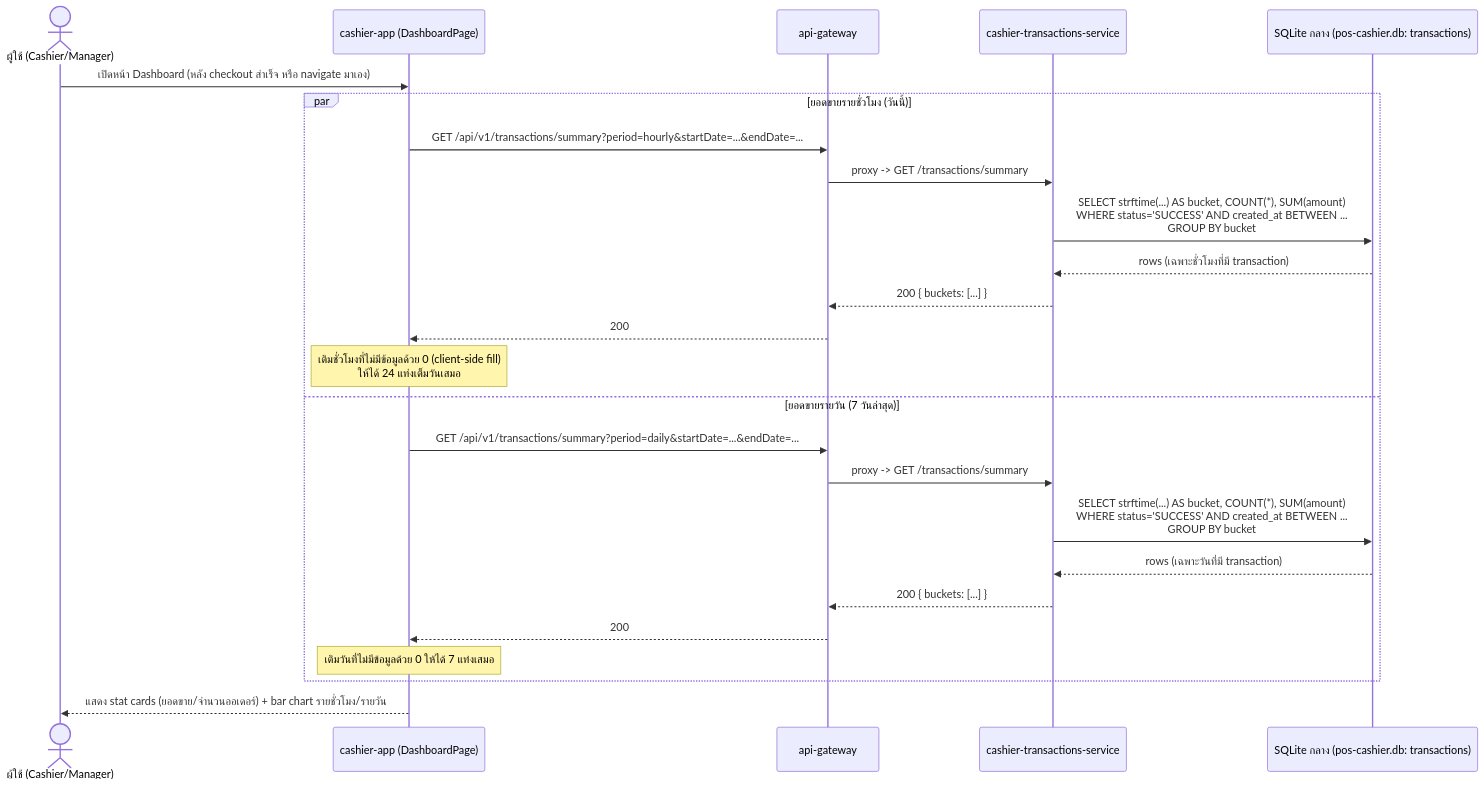
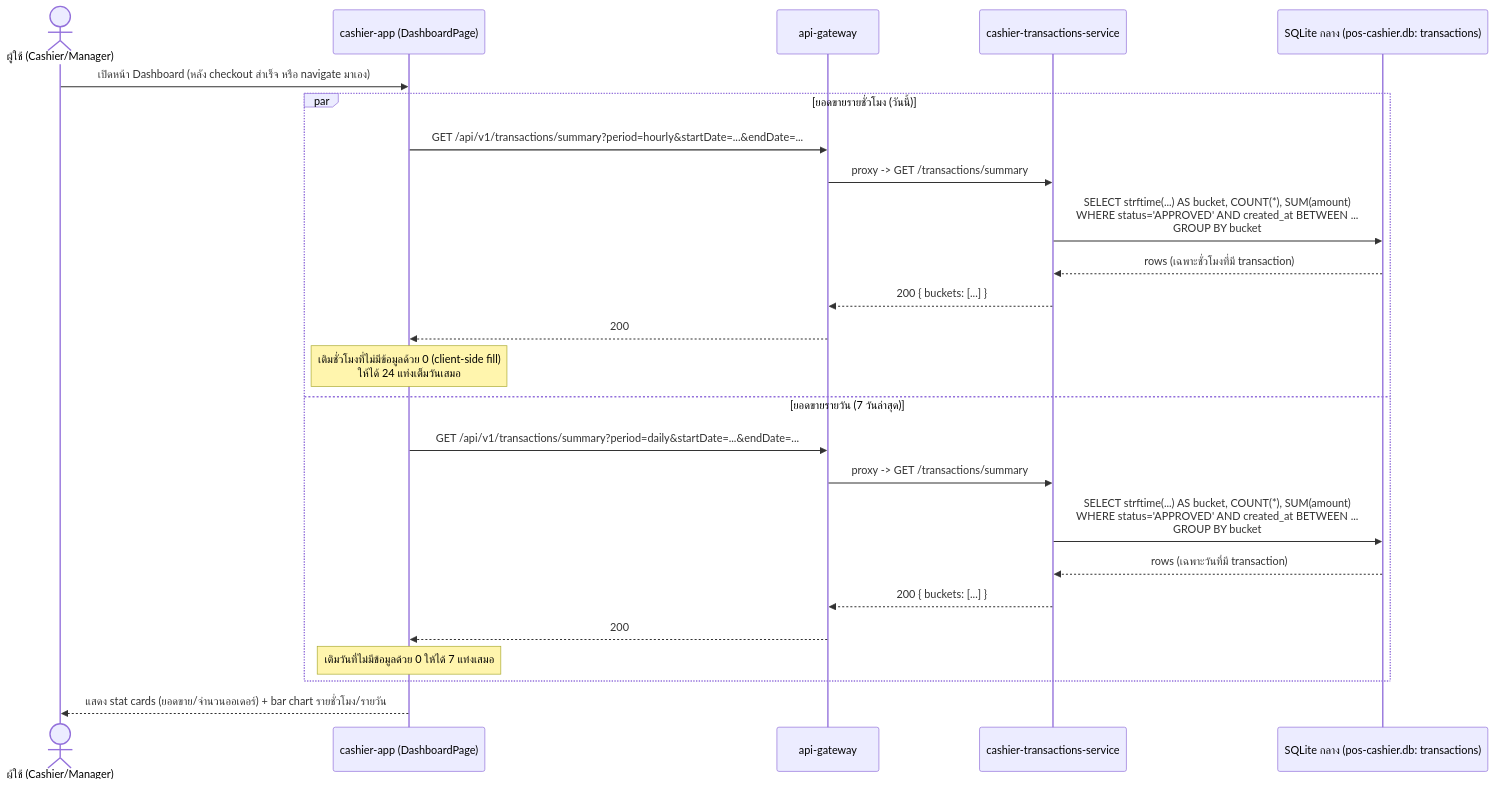
Before and after one commit to apisit110/pos-cashier: the diagram in docs/sequence-diagrams/06-transaction-summary.md, drawn with Mermaid. The commit also changed other lines of this file and 12 other files, not shown here.

````diff
--- a/docs/sequence-diagrams/06-transaction-summary.md
+++ b/docs/sequence-diagrams/06-transaction-summary.md
@@ -21,28 +21,28 @@
 ```mermaid
 sequenceDiagram
     actor User as ผู้ใช้ (Cashier/Manager)
     participant App as cashier-app (DashboardPage)
     participant GW as api-gateway
     participant Txn as cashier-transactions-service
     participant DB as SQLite กลาง (pos-cashier.db: transactions)
 
     User->>App: เปิดหน้า Dashboard (หลัง checkout สำเร็จ หรือ navigate มาเอง)
     par ยอดขายรายชั่วโมง (วันนี้)
         App->>GW: GET /api/v1/transactions/summary?period=hourly&startDate=...&endDate=...
         GW->>Txn: proxy -> GET /transactions/summary
-        Txn->>DB: SELECT strftime(...) AS bucket, COUNT(*), SUM(amount)<br/>WHERE status='SUCCESS' AND created_at BETWEEN ...<br/>GROUP BY bucket
+        Txn->>DB: SELECT strftime(...) AS bucket, COUNT(*), SUM(amount)<br/>WHERE status='APPROVED' AND created_at BETWEEN ...<br/>GROUP BY bucket
         DB-->>Txn: rows (เฉพาะชั่วโมงที่มี transaction)
         Txn-->>GW: 200 { buckets: [...] }
         GW-->>App: 200
         Note over App: เติมชั่วโมงที่ไม่มีข้อมูลด้วย 0 (client-side fill)<br/>ให้ได้ 24 แท่งเต็มวันเสมอ
     and ยอดขายรายวัน (7 วันล่าสุด)
         App->>GW: GET /api/v1/transactions/summary?period=daily&startDate=...&endDate=...
         GW->>Txn: proxy -> GET /transactions/summary
-        Txn->>DB: SELECT strftime(...) AS bucket, COUNT(*), SUM(amount)<br/>WHERE status='SUCCESS' AND created_at BETWEEN ...<br/>GROUP BY bucket
+        Txn->>DB: SELECT strftime(...) AS bucket, COUNT(*), SUM(amount)<br/>WHERE status='APPROVED' AND created_at BETWEEN ...<br/>GROUP BY bucket
         DB-->>Txn: rows (เฉพาะวันที่มี transaction)
         Txn-->>GW: 200 { buckets: [...] }
         GW-->>App: 200
         Note over App: เติมวันที่ไม่มีข้อมูลด้วย 0 ให้ได้ 7 แท่งเสมอ
     end
     App-->>User: แสดง stat cards (ยอดขาย/จำนวนออเดอร์) + bar chart รายชั่วโมง/รายวัน
 ```
````
